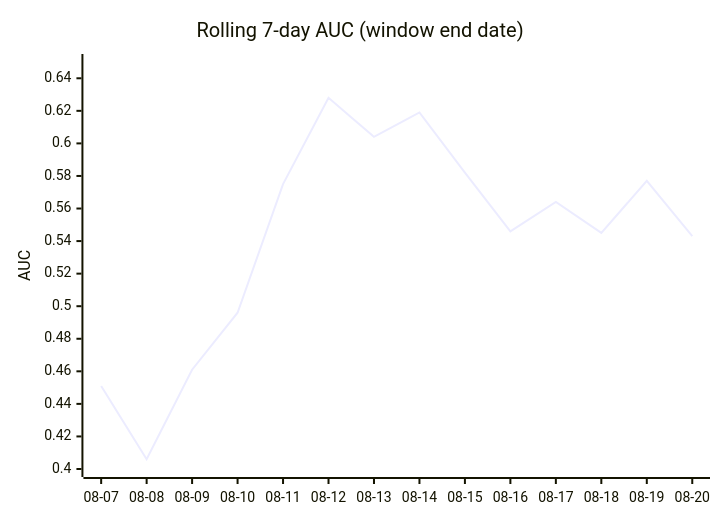
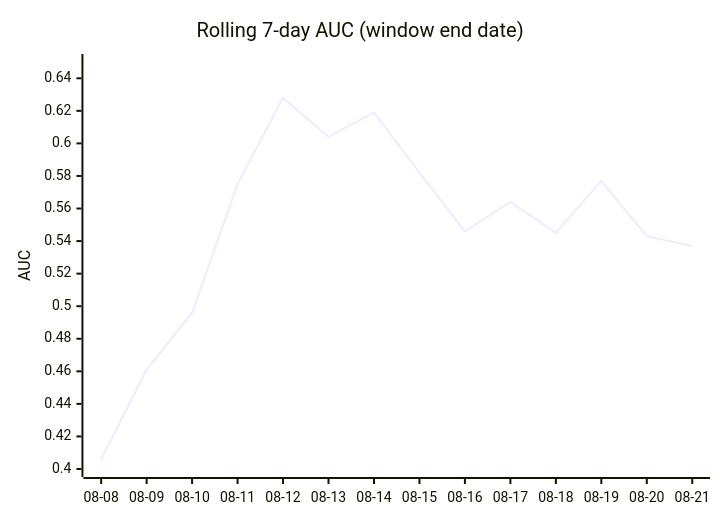
One commit to dpk1212/nhl-savant changed the third of 4 diagrams in DAILY_AGSU_REPORT.md. Above: the diagram before and after it, drawn with Mermaid. The commit also changed other lines of this file, not shown here.

````diff
--- a/DAILY_AGSU_REPORT.md
+++ b/DAILY_AGSU_REPORT.md
@@ -832,7 +840,7 @@
 ```mermaid
 xychart-beta
     title "Rolling 7-day AUC (window end date)"
-    x-axis ["08-07", "08-08", "08-09", "08-10", "08-11", "08-12", "08-13", "08-14", "08-15", "08-16", "08-17", "08-18", "08-19", "08-20"]
+    x-axis ["08-08", "08-09", "08-10", "08-11", "08-12", "08-13", "08-14", "08-15", "08-16", "08-17", "08-18", "08-19", "08-20", "08-21"]
     y-axis "AUC" 0.4 --> 0.65
-    line [0.451, 0.406, 0.461, 0.496, 0.575, 0.628, 0.604, 0.619, 0.582, 0.546, 0.564, 0.545, 0.577, 0.543]
+    line [0.406, 0.461, 0.496, 0.575, 0.628, 0.604, 0.619, 0.582, 0.546, 0.564, 0.545, 0.577, 0.543, 0.537]
 ```
````
